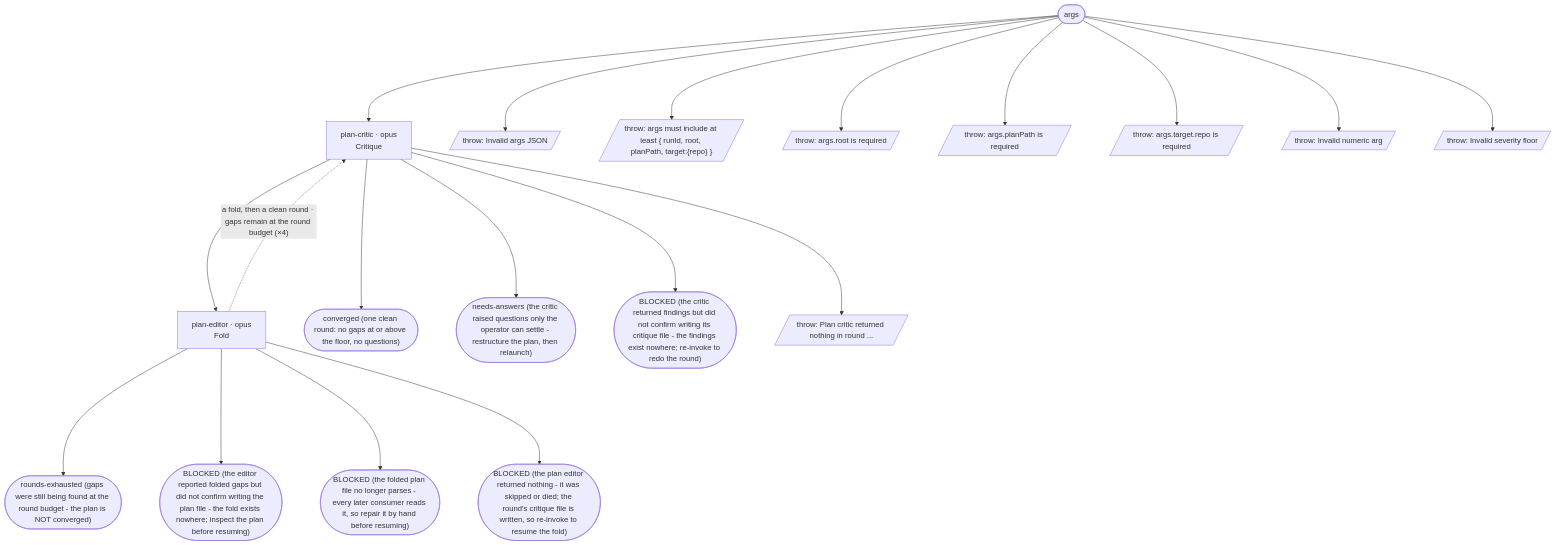
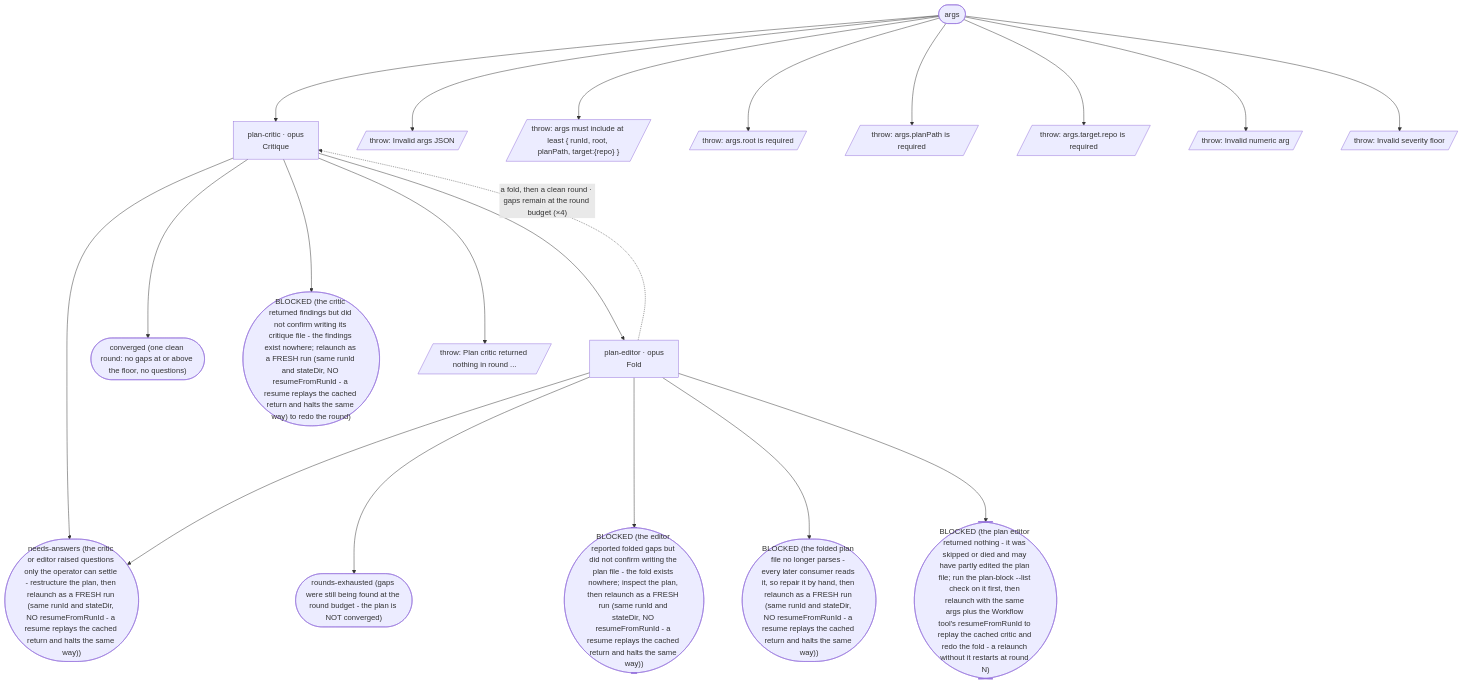
One commit to Blakeem/aipromptguide-workflows changed the diagram in workflows/refine/FLOW.md. Above: the diagram before and after it, drawn with Mermaid. The commit also changed other lines of this file and 21 other files, not shown here.

````diff
--- a/workflows/refine/FLOW.md
+++ b/workflows/refine/FLOW.md
@@ -8,40 +8,41 @@
 ```mermaid
 %%{init: {"flowchart": {"nodeSpacing": 80, "rankSpacing": 200}}}%%
 flowchart TD
   S0(["args"])
   a1["plan-critic · opus<br/>Critique"]
   a2["plan-editor · opus<br/>Fold"]
   t1(["converged (one clean round: no gaps at or above the floor, no questions)"])
-  t2(["needs-answers (the critic raised questions only the operator can settle - restructure the plan, then relaunch)"])
+  t2(["needs-answers (the critic or editor raised questions only the operator can settle - restructure the plan, then relaunch as a FRESH run (same runId and stateDir, NO resumeFromRunId - a resume replays the cached return and halts the same way))"])
   t3(["rounds-exhausted (gaps were still being found at the round budget - the plan is NOT converged)"])
-  t4(["BLOCKED (the critic returned findings but did not confirm writing its critique file - the findings exist nowhere; re-invoke to redo the round)"])
-  t5(["BLOCKED (the editor reported folded gaps but did not confirm writing the plan file - the fold exists nowhere; inspect the plan before resuming)"])
-  t6(["BLOCKED (the folded plan file no longer parses - every later consumer reads it, so repair it by hand before resuming)"])
-  t7(["BLOCKED (the plan editor returned nothing - it was skipped or died; the round's critique file is written, so re-invoke to resume the fold)"])
+  t4(["BLOCKED (the critic returned findings but did not confirm writing its critique file - the findings exist nowhere; relaunch as a FRESH run (same runId and stateDir, NO resumeFromRunId - a resume replays the cached return and halts the same way) to redo the round)"])
+  t5(["BLOCKED (the editor reported folded gaps but did not confirm writing the plan file - the fold exists nowhere; inspect the plan, then relaunch as a FRESH run (same runId and stateDir, NO resumeFromRunId - a resume replays the cached return and halts the same way))"])
+  t6(["BLOCKED (the folded plan file no longer parses - every later consumer reads it, so repair it by hand, then relaunch as a FRESH run (same runId and stateDir, NO resumeFromRunId - a resume replays the cached return and halts the same way))"])
+  t7(["BLOCKED (the plan editor returned nothing - it was skipped or died and may have partly edited the plan file; run the plan-block --list check on it first, then relaunch with the same args plus the Workflow tool's resumeFromRunId to replay the cached critic and redo the fold - a relaunch without it restarts at round N)"])
   x1[/"throw: Invalid args JSON"/]
   x2[/"throw: args must include at least { runId, root, planPath, target:{repo} }"/]
   x3[/"throw: args.root is required"/]
   x4[/"throw: args.planPath is required"/]
   x5[/"throw: args.target.repo is required"/]
   x6[/"throw: Invalid numeric arg"/]
   x7[/"throw: Invalid severity floor"/]
   x8[/"throw: Plan critic returned nothing in round ..."/]
   S0 --> a1
   S0 --> x1
   S0 --> x2
   S0 --> x3
   S0 --> x4
   S0 --> x5
   S0 --> x6
   S0 --> x7
   a1 --> a2
   a1 --> t1
   a1 --> t2
   a1 --> t4
   a1 --> x8
   a2 -.->|"a fold, then a clean round · gaps remain at the round budget (×4)"| a1
+  a2 --> t2
   a2 --> t3
   a2 --> t5
   a2 --> t6
   a2 --> t7
 ```
````
